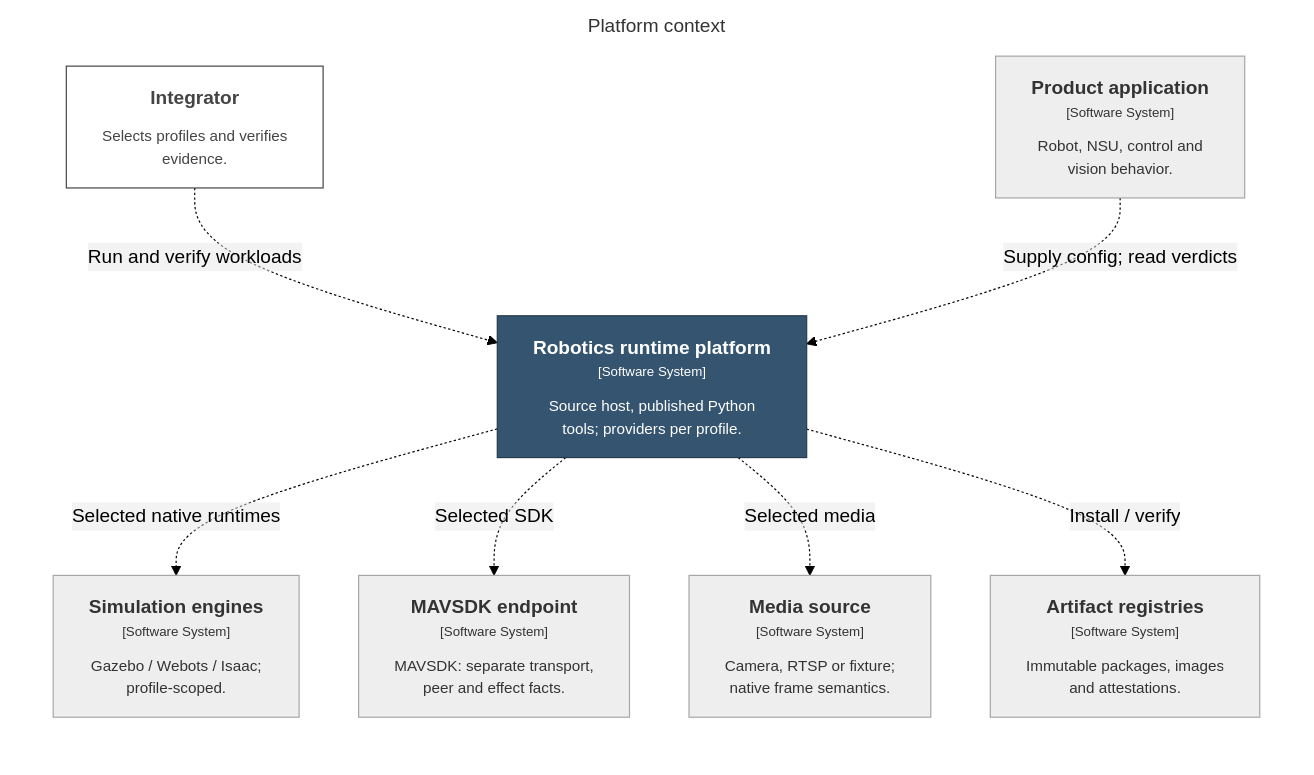
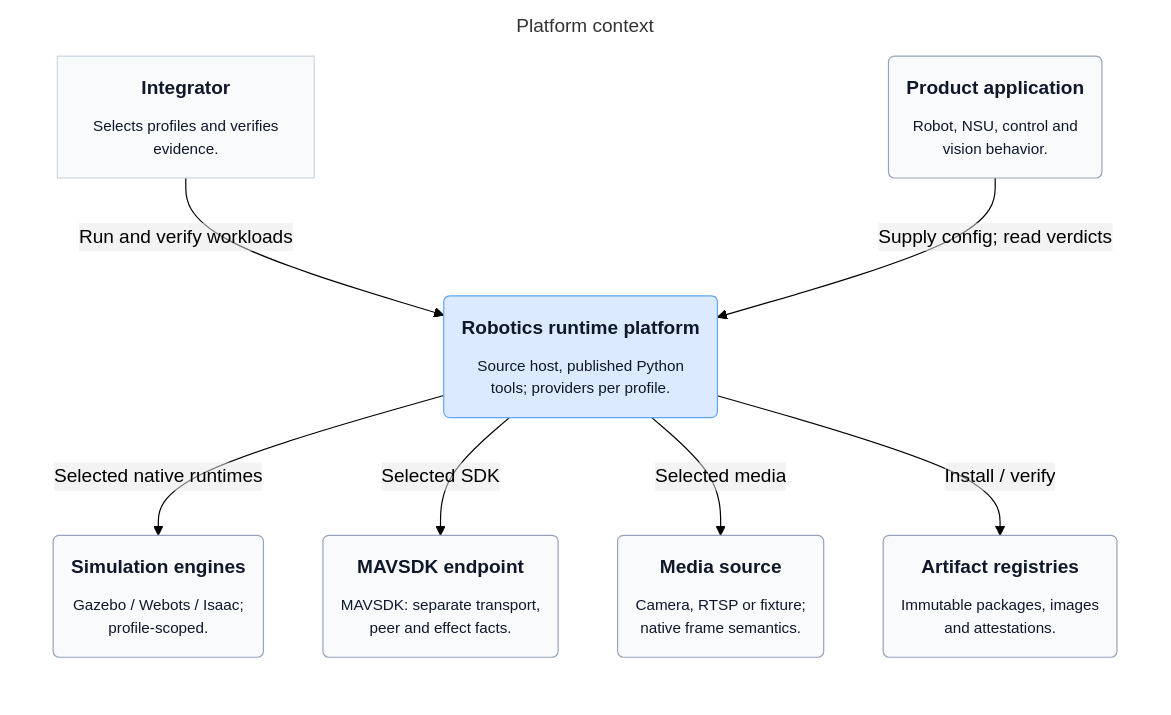
One commit to mmkolpakov/robotics-runtime changed the diagram in docs/architecture/generated/structurizr-Context.mmd. Above: the diagram before and after it, drawn with Mermaid (forest theme). The commit also changed 23 other files, not shown here.

Commit message:
Improve architecture diagrams and README navigation

```diff
--- a/docs/architecture/generated/structurizr-Context.mmd
+++ b/docs/architecture/generated/structurizr-Context.mmd
@@ -1,29 +1,29 @@
 graph LR
   linkStyle default fill:#ffffff
 
   subgraph diagram ["Platform context"]
     style diagram fill:#ffffff,stroke:#ffffff
 
     1["<div style='font-weight: bold'>Integrator</div><div style='font-size: 80%; margin-top:10px'>Selects profiles and verifies<br />evidence.</div>"]
-    style 1 fill:#ffffff,stroke:#444444,color:#444444
-    2["<div style='font-weight: bold'>Product application</div><div style='font-size: 70%; margin-top: 0px'>[Software System]</div><div style='font-size: 80%; margin-top:10px'>Robot, NSU, control and<br />vision behavior.</div>"]
-    style 2 fill:#eeeeee,stroke:#a6a6a6,color:#333333
-    3["<div style='font-weight: bold'>Simulation engines</div><div style='font-size: 70%; margin-top: 0px'>[Software System]</div><div style='font-size: 80%; margin-top:10px'>Gazebo / Webots / Isaac;<br />profile-scoped.</div>"]
-    style 3 fill:#eeeeee,stroke:#a6a6a6,color:#333333
-    4["<div style='font-weight: bold'>MAVSDK endpoint</div><div style='font-size: 70%; margin-top: 0px'>[Software System]</div><div style='font-size: 80%; margin-top:10px'>MAVSDK: separate transport,<br />peer and effect facts.</div>"]
-    style 4 fill:#eeeeee,stroke:#a6a6a6,color:#333333
-    5["<div style='font-weight: bold'>Media source</div><div style='font-size: 70%; margin-top: 0px'>[Software System]</div><div style='font-size: 80%; margin-top:10px'>Camera, RTSP or fixture;<br />native frame semantics.</div>"]
-    style 5 fill:#eeeeee,stroke:#a6a6a6,color:#333333
-    6["<div style='font-weight: bold'>Artifact registries</div><div style='font-size: 70%; margin-top: 0px'>[Software System]</div><div style='font-size: 80%; margin-top:10px'>Immutable packages, images<br />and attestations.</div>"]
-    style 6 fill:#eeeeee,stroke:#a6a6a6,color:#333333
-    7["<div style='font-weight: bold'>Robotics runtime platform</div><div style='font-size: 70%; margin-top: 0px'>[Software System]</div><div style='font-size: 80%; margin-top:10px'>Source host, published Python<br />tools; providers per profile.</div>"]
-    style 7 fill:#35546f,stroke:#253a4d,color:#ffffff
+    style 1 fill:#f8fafc,stroke:#cbd5e1,color:#0f172a
+    2("<div style='font-weight: bold'>Product application</div><div style='font-size: 80%; margin-top:10px'>Robot, NSU, control and<br />vision behavior.</div>")
+    style 2 fill:#f8fafc,stroke:#94a3b8,color:#0f172a
+    3("<div style='font-weight: bold'>Simulation engines</div><div style='font-size: 80%; margin-top:10px'>Gazebo / Webots / Isaac;<br />profile-scoped.</div>")
+    style 3 fill:#f8fafc,stroke:#94a3b8,color:#0f172a
+    4("<div style='font-weight: bold'>MAVSDK endpoint</div><div style='font-size: 80%; margin-top:10px'>MAVSDK: separate transport,<br />peer and effect facts.</div>")
+    style 4 fill:#f8fafc,stroke:#94a3b8,color:#0f172a
+    5("<div style='font-weight: bold'>Media source</div><div style='font-size: 80%; margin-top:10px'>Camera, RTSP or fixture;<br />native frame semantics.</div>")
+    style 5 fill:#f8fafc,stroke:#94a3b8,color:#0f172a
+    6("<div style='font-weight: bold'>Artifact registries</div><div style='font-size: 80%; margin-top:10px'>Immutable packages, images<br />and attestations.</div>")
+    style 6 fill:#f8fafc,stroke:#94a3b8,color:#0f172a
+    7("<div style='font-weight: bold'>Robotics runtime platform</div><div style='font-size: 80%; margin-top:10px'>Source host, published Python<br />tools; providers per profile.</div>")
+    style 7 fill:#dbeafe,stroke:#60a5fa,color:#0f172a
 
-    1-. "<div>Run and verify workloads</div><div style='font-size: 70%'></div>" .->7
-    2-. "<div>Supply config; read verdicts</div><div style='font-size: 70%'></div>" .->7
-    7-. "<div>Selected native runtimes</div><div style='font-size: 70%'></div>" .->3
-    7-. "<div>Selected SDK</div><div style='font-size: 70%'></div>" .->4
-    7-. "<div>Selected media</div><div style='font-size: 70%'></div>" .->5
-    7-. "<div>Install / verify</div><div style='font-size: 70%'></div>" .->6
+    1-- "<div>Run and verify workloads</div><div style='font-size: 70%'></div>" -->7
+    2-- "<div>Supply config; read verdicts</div><div style='font-size: 70%'></div>" -->7
+    7-- "<div>Selected native runtimes</div><div style='font-size: 70%'></div>" -->3
+    7-- "<div>Selected SDK</div><div style='font-size: 70%'></div>" -->4
+    7-- "<div>Selected media</div><div style='font-size: 70%'></div>" -->5
+    7-- "<div>Install / verify</div><div style='font-size: 70%'></div>" -->6
 
   end
```
